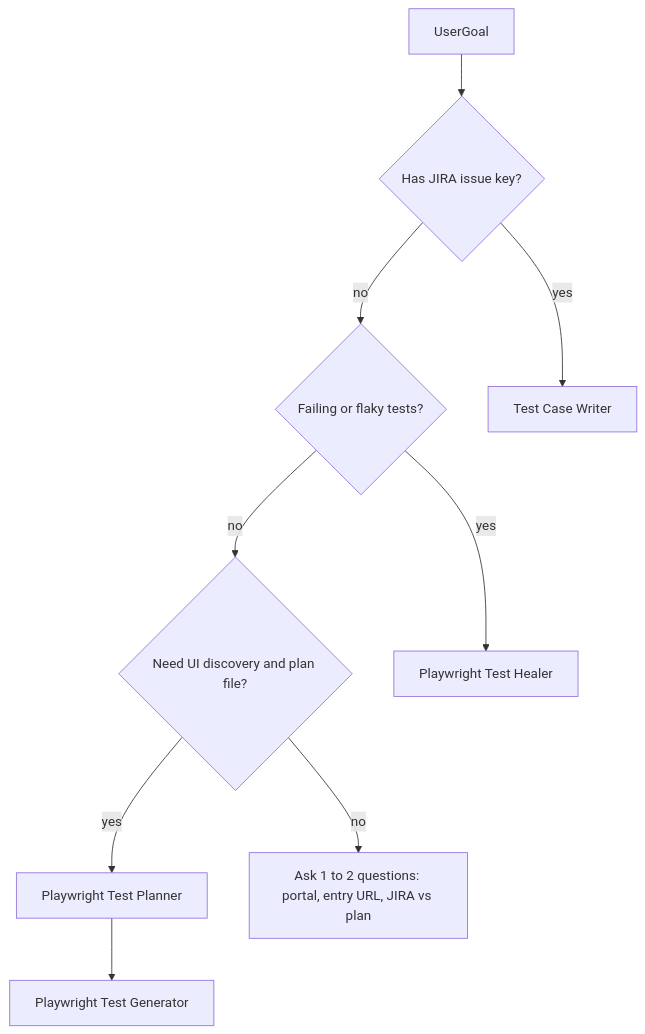
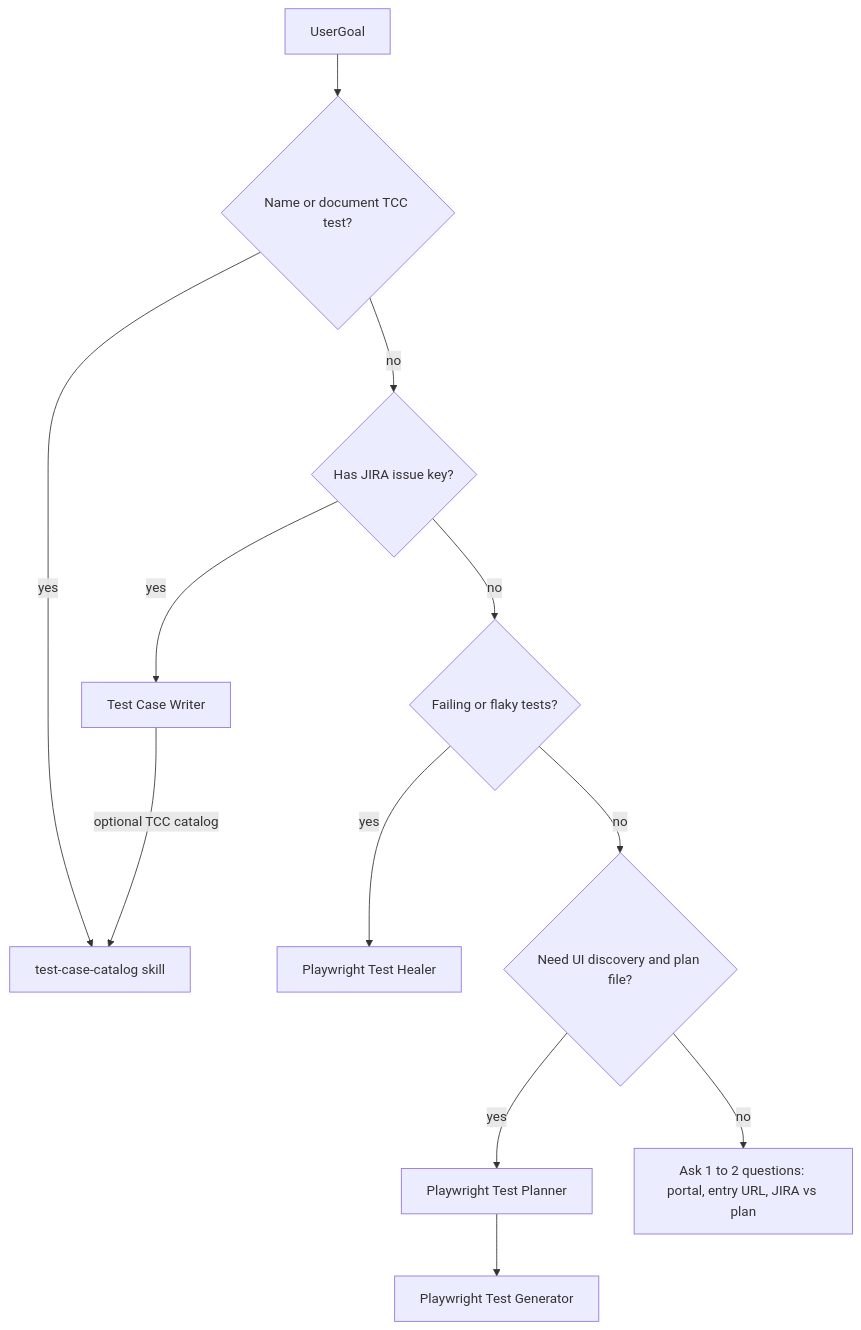
Before and after one commit to AurionproSolution/UDCTestAutomationETE: the diagram in .cursor/agents/test-automation-architect.md, drawn with Mermaid. The commit also changed other lines of this file and 37 other files, not shown here.

First line of the commit message:
feat: DO portal silent session refresh and TCC test catalog workflow

````diff
--- a/.cursor/agents/test-automation-architect.md
+++ b/.cursor/agents/test-automation-architect.md
@@ -46,19 +53,24 @@
 ```mermaid
 flowchart TD
   start[UserGoal]
+  catalog{Name or document TCC test?}
   jira{Has JIRA issue key?}
   fail{Failing or flaky tests?}
   explore{Need UI discovery and plan file?}
   tcw[Test Case Writer]
   heal[Playwright Test Healer]
   plan[Playwright Test Planner]
   gen[Playwright Test Generator]
-  start --> jira
+  tccSkill[test-case-catalog skill]
+  start --> catalog
+  catalog -->|yes| tccSkill
+  catalog -->|no| jira
   jira -->|yes| tcw
   jira -->|no| fail
   fail -->|yes| heal
   fail -->|no| explore
   explore -->|yes| plan
   explore -->|no| ask[Ask 1 to 2 questions: portal, entry URL, JIRA vs plan]
   plan --> gen
+  tcw -->|optional TCC catalog| tccSkill
 ```
````
